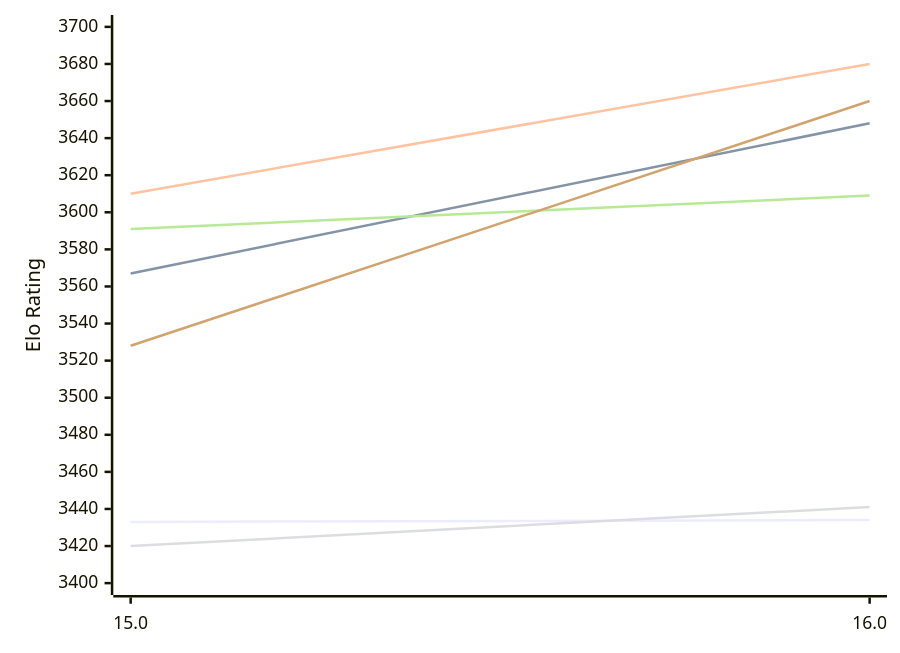
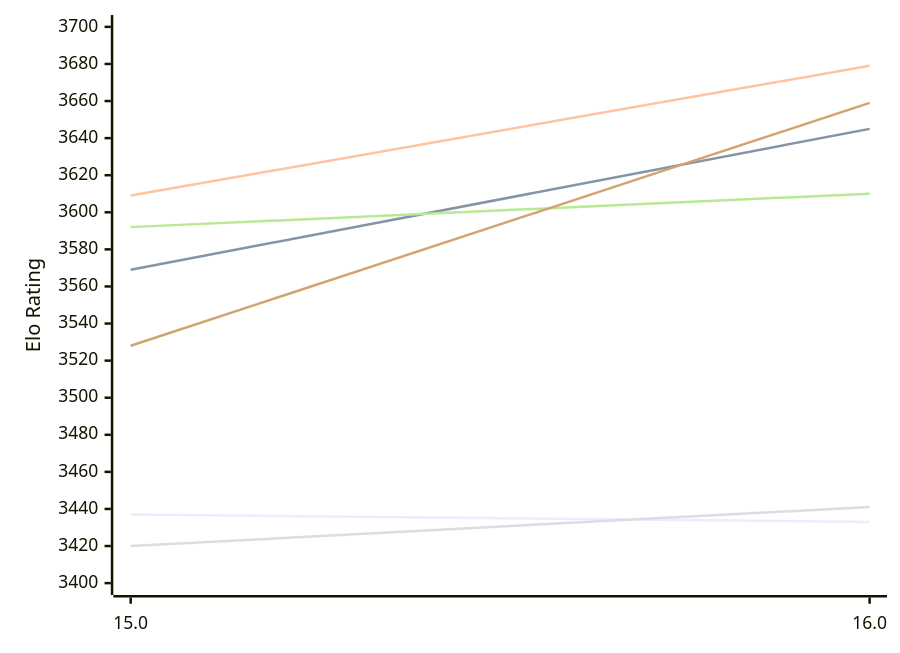
The first of 2 diagrams in engines/Obsidian.md (computer-chess-index/cci), drawn with Mermaid before and after one commit. The commit also changed other lines of this file, not shown here.

Commit message:
Update CCI Ratings (ELO VLTC) - 2026-11-27

````diff
--- a/engines/Obsidian.md
+++ b/engines/Obsidian.md
@@ -52,12 +52,12 @@
 ```mermaid
 %%{init: {"theme":"base","themeVariables":{"seriesColors:['#a3a3a3','#222221','#faa371']}}}%%
 xychart-beta
   x-axis ["15.0", "16.0"]
   y-axis "Elo Rating" 3400 --> 3700
-  line "E1: STC (8.0+0.08s)" [3433, 3434]
-  line "E1: LTC (60.0+0.60s)" [3567, 3648]
-  line "E1: VLTC (2m24s+1.12s)" [3610, 3680]
+  line "E1: STC (8.0+0.08s)" [3437, 3433]
+  line "E1: LTC (60.0+0.60s)" [3569, 3645]
+  line "E1: VLTC (2m24s+1.12s)" [3609, 3679]
   line "P1: STC (8.0+0.08s)" [3420, 3441]
-  line "P1: LTC (60.0+0.60s)" [3591, 3609]
-  line "P1: VLTC (2m24s+1.12s)" [3528, 3660]
+  line "P1: LTC (60.0+0.60s)" [3592, 3610]
+  line "P1: VLTC (2m24s+1.12s)" [3528, 3659]
 ```
````
